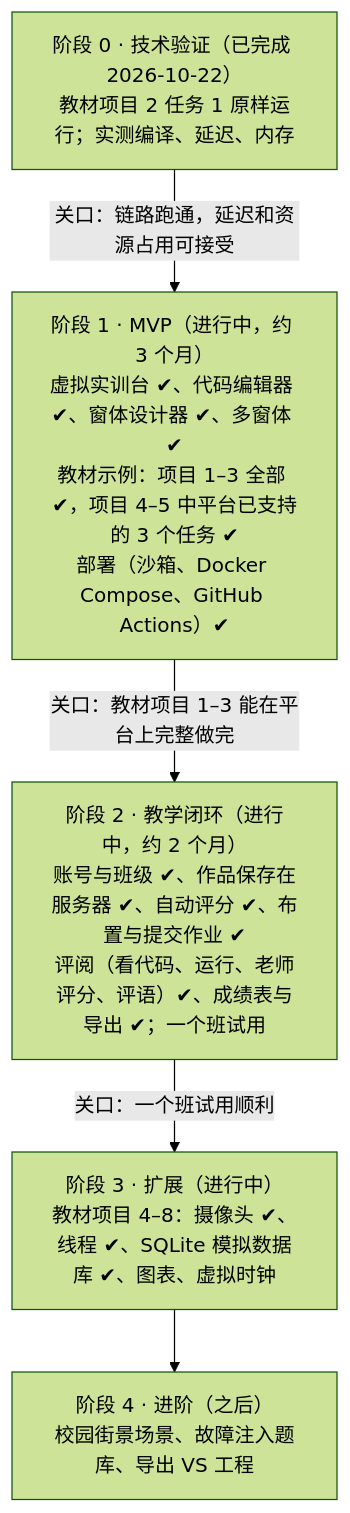
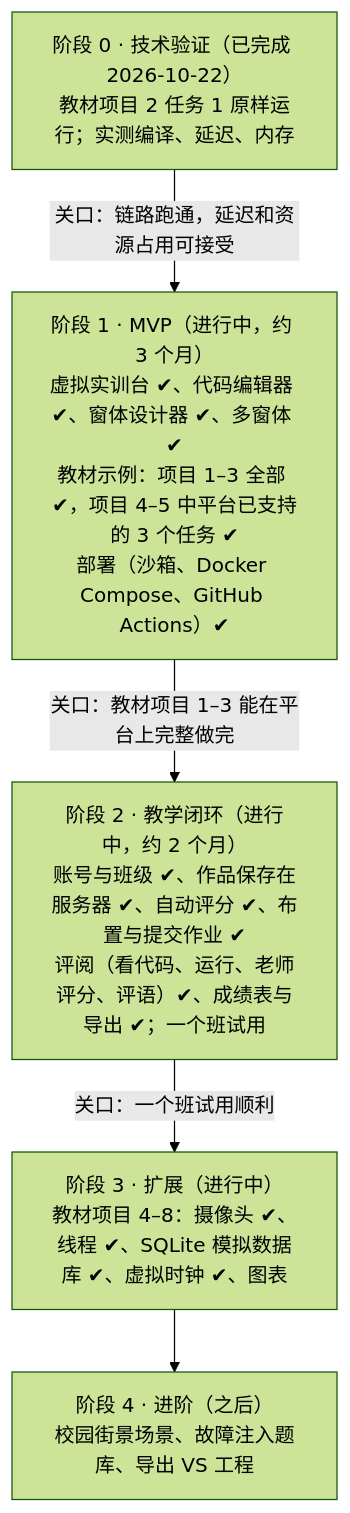
Before and after one commit to yuetsh/IOT_SIM: the second of 2 diagrams in docs/设计方案.md, drawn with Mermaid (forest theme). The commit also changed other lines of this file and 65 other files, not shown here.

````diff
--- a/docs/设计方案.md
+++ b/docs/设计方案.md
@@ -235,12 +235,12 @@
 ```mermaid
 flowchart TB
   P0["阶段 0 · 技术验证（已完成 2026-10-22）<br/>教材项目 2 任务 1 原样运行；实测编译、延迟、内存"]
   P1["阶段 1 · MVP（进行中，约 3 个月）<br/>虚拟实训台 ✔、代码编辑器 ✔、窗体设计器 ✔、多窗体 ✔<br/>教材示例：项目 1–3 全部 ✔，项目 4–5 中平台已支持的 3 个任务 ✔<br/>部署（沙箱、Docker Compose、GitHub Actions）✔"]
   P2["阶段 2 · 教学闭环（进行中，约 2 个月）<br/>账号与班级 ✔、作品保存在服务器 ✔、自动评分 ✔、布置与提交作业 ✔<br/>评阅（看代码、运行、老师评分、评语）✔、成绩表与导出 ✔；一个班试用"]
-  P3["阶段 3 · 扩展（进行中）<br/>教材项目 4–8：摄像头 ✔、线程 ✔、SQLite 模拟数据库 ✔、图表、虚拟时钟"]
+  P3["阶段 3 · 扩展（进行中）<br/>教材项目 4–8：摄像头 ✔、线程 ✔、SQLite 模拟数据库 ✔、虚拟时钟 ✔、图表"]
   P4["阶段 4 · 进阶（之后）<br/>校园街景场景、故障注入题库、导出 VS 工程"]
   P0 -->|"关口：链路跑通，延迟和资源占用可接受"| P1
   P1 -->|"关口：教材项目 1–3 能在平台上完整做完"| P2
   P2 -->|"关口：一个班试用顺利"| P3
   P3 --> P4
 ```
````
